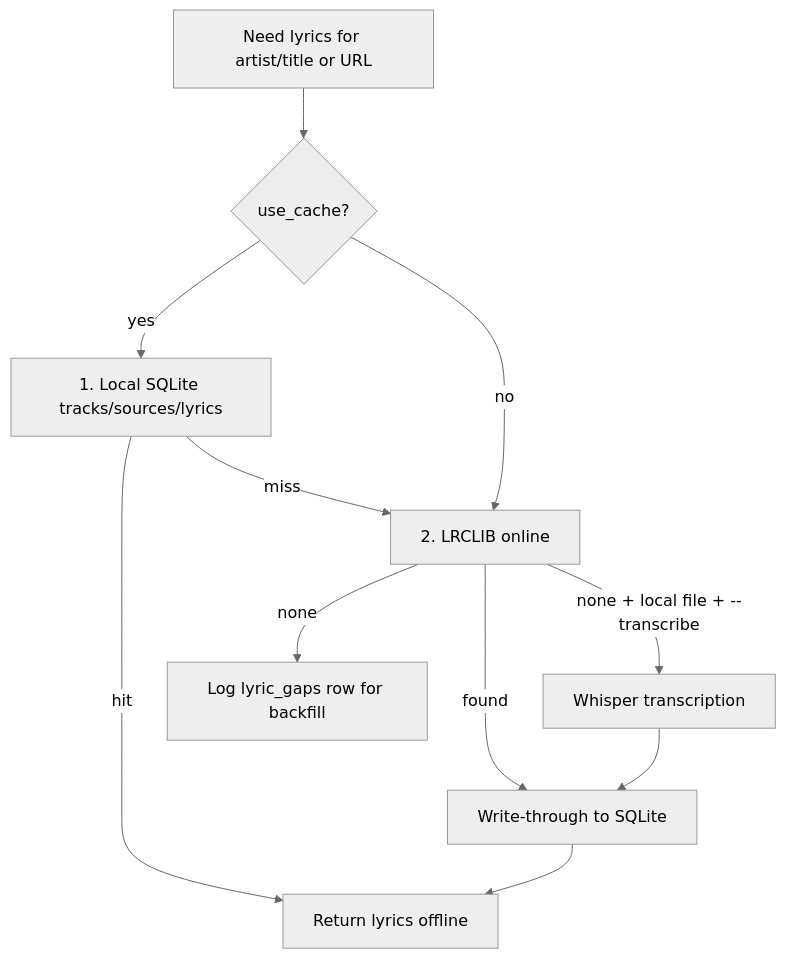
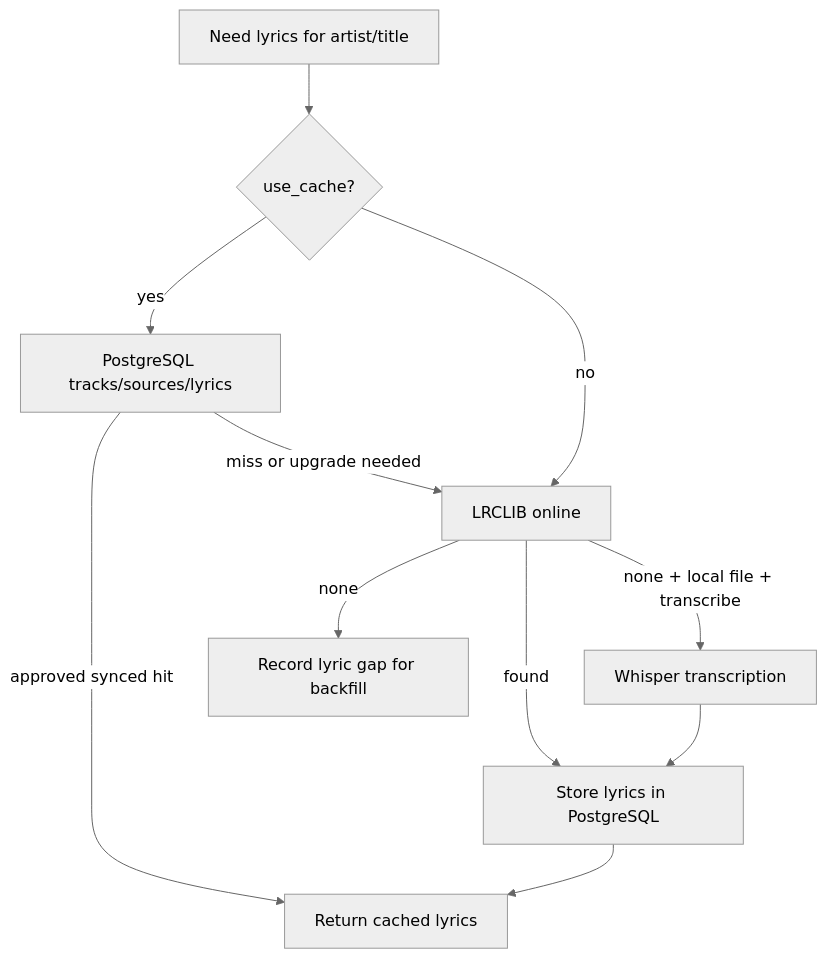
Before and after one commit to violetina/karaoke: the diagram in docs/local-cache-and-stats.md, drawn with Mermaid (neutral theme). The commit also changed other lines of this file and 18 other files, not shown here.

First line of the commit message:
docs: rewrite README and correct SQLite references to PostgreSQL

````diff
--- a/docs/local-cache-and-stats.md
+++ b/docs/local-cache-and-stats.md
@@ -33,13 +33,13 @@
 ```mermaid
 flowchart TD
-    A["Need lyrics for artist/title or URL"] --> B{"use_cache?"}
-    B -->|"yes"| L["1. Local SQLite tracks/sources/lyrics"]
-    L -->|"hit"| Z["Return lyrics offline"]
-    L -->|"miss"| F["2. LRCLIB online"]
-    F -->|"found"| W["Write-through to SQLite"]
+    A["Need lyrics for artist/title"] --> B{"use_cache?"}
+    B -->|"yes"| L["PostgreSQL tracks/sources/lyrics"]
+    L -->|"approved synced hit"| Z["Return cached lyrics"]
+    L -->|"miss or upgrade needed"| F["LRCLIB online"]
+    F -->|"found"| W["Store lyrics in PostgreSQL"]
     W --> Z
-    F -->|"none + local file + --transcribe"| WH["Whisper transcription"]
+    F -->|"none + local file + transcribe"| WH["Whisper transcription"]
     WH --> W
-    F -->|"none"| G["Log lyric_gaps row for backfill"]
+    F -->|"none"| G["Record lyric gap for backfill"]
     B -->|"no"| F
 ```
````
